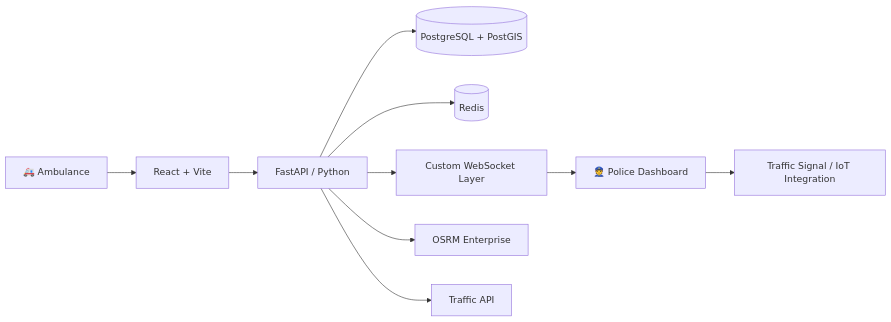
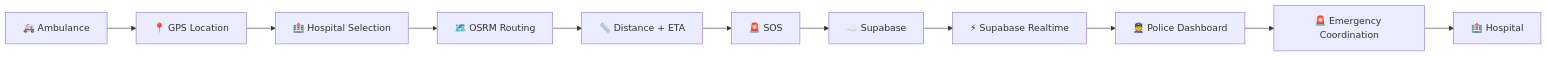
One commit to Yashr4635/AERO changed the first of 4 diagrams in README.md. Above: the diagram before and after it, drawn with Mermaid. The commit also changed other lines of this file, not shown here.

````diff
--- a/README.md
+++ b/README.md
@@ -109,12 +151,13 @@
 ```mermaid
 flowchart LR
-    A[🚑 Ambulance] --> B[React + Vite]
-    B --> C[FastAPI / Python]
-    C --> D[(PostgreSQL + PostGIS)]
-    C --> E[(Redis)]
-    C --> F[Custom WebSocket Layer]
-    C --> G[OSRM Enterprise]
-    C --> H[Traffic API]
-    F --> I[👮 Police Dashboard]
-    I --> J[Traffic Signal / IoT Integration]
+    A["🚑 Ambulance"] --> B["📍 GPS Location"]
+    B --> C["🏥 Hospital Selection"]
+    C --> D["🗺️ OSRM Routing"]
+    D --> E["📏 Distance + ETA"]
+    E --> F["🚨 SOS"]
+    F --> G["☁️ Supabase"]
+    G --> H["⚡ Supabase Realtime"]
+    H --> I["👮 Police Dashboard"]
+    I --> J["🚨 Emergency Coordination"]
+    J --> K["🏥 Hospital"]
 ```
````
